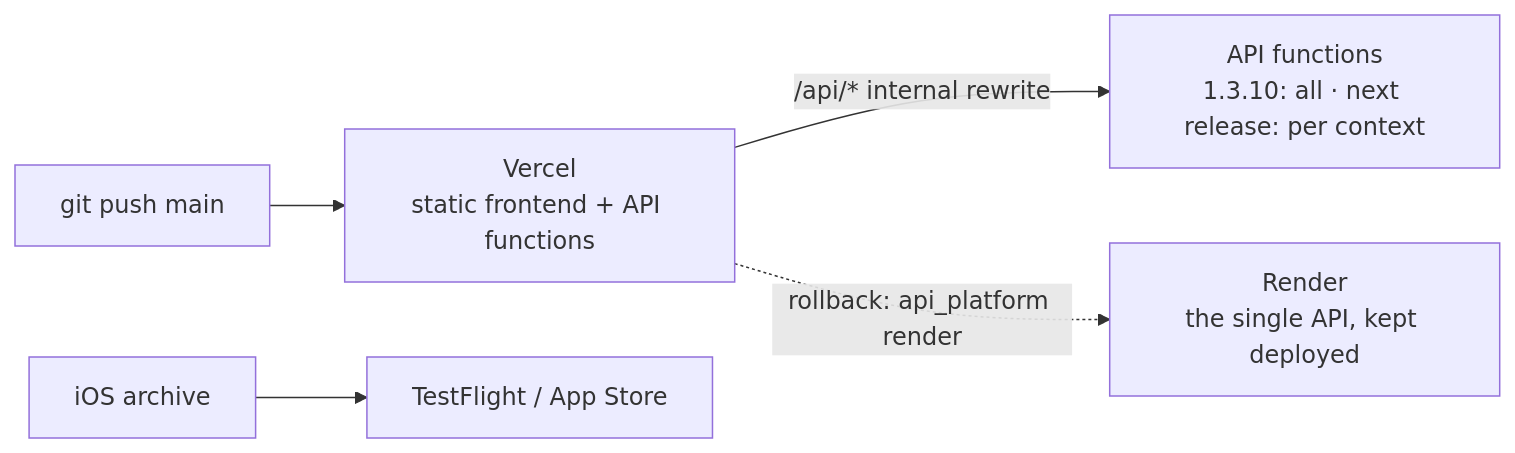
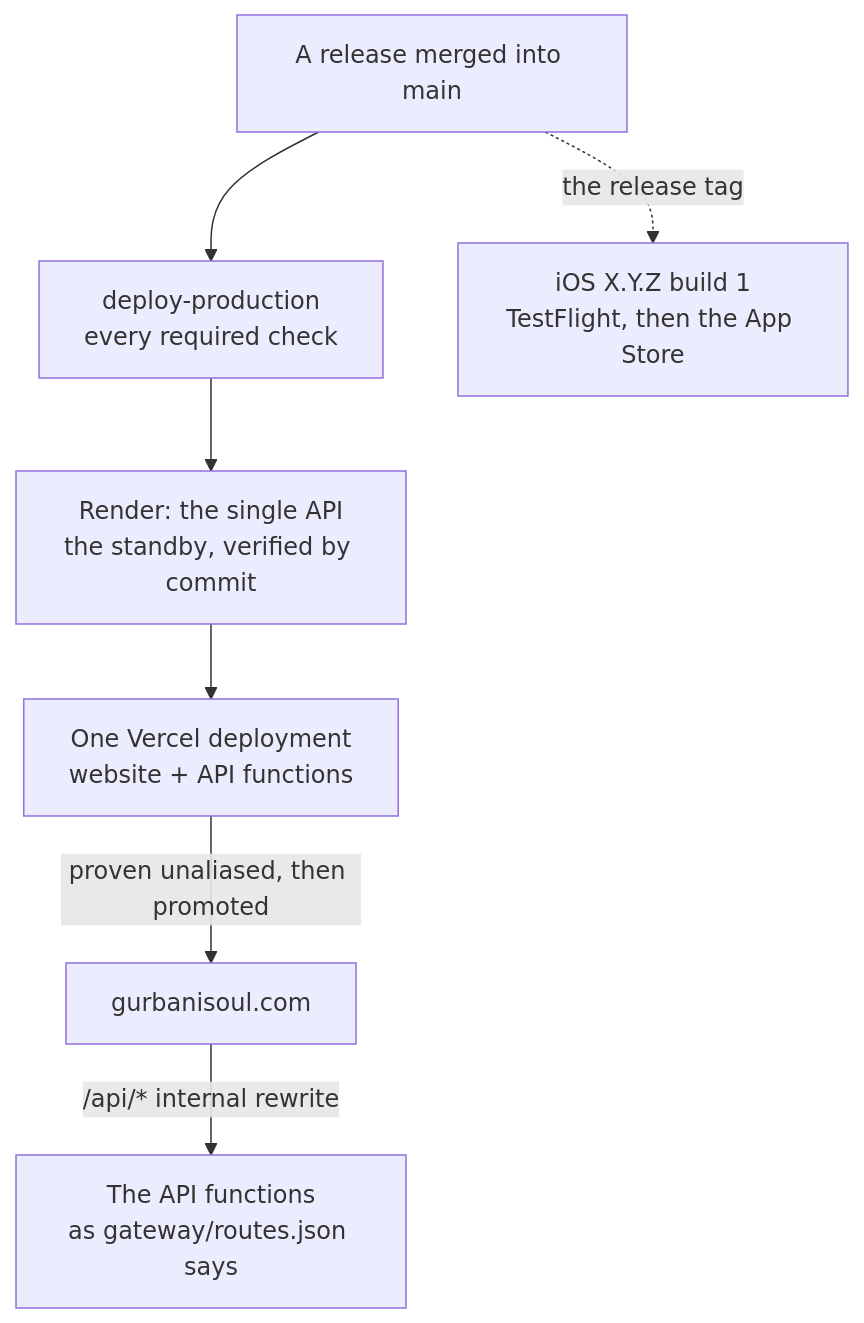
The diagram in docs/architecture/overview.md (Algorythmos-AI/sggs-platform), drawn with Mermaid before and after one commit. The commit also changed other lines of this file and 18 other files, not shown here.

````diff
--- a/docs/architecture/overview.md
+++ b/docs/architecture/overview.md
@@ -72,10 +32,11 @@
 ```mermaid
-flowchart LR
+flowchart TB
     accTitle: Production deployment
-    accDescr: A push to main deploys one Vercel project holding the static frontend and the API as Python functions; /api is rewritten internally to the API functions — today all of it to the all function, from the release after 1.3.10 each bounded context to its own function with all as the catch-all; the Render single API stays deployed as the rollback target; the iOS archive ships through TestFlight to the App Store.
-    dev[git push main] --> vercel[Vercel<br/>static frontend + API functions]
-    vercel -->|/api/* internal rewrite| fn[API functions<br/>1.3.10: all · next release: per context]
-    vercel -.->|rollback: api_platform render| render[Render<br/>the single API, kept deployed]
-    ios2[iOS archive] --> tf[TestFlight / App Store]
-    classDef n fill:#FDF6E3,color:#201A12,stroke:#A87900;
+    accDescr: A release merged into main runs deploy-production in CI. It waits for every required check, deploys the Render single API as the standby and verifies it by commit, then builds one Vercel deployment holding the website and the API as Python functions, proves it unaliased and promotes it to gurbanisoul.com, where /api is rewritten internally to the functions as gateway/routes.json says. The iOS app is archived from the release tag and goes to TestFlight and the App Store.
+    main[A release merged into main] --> gates[deploy-production<br/>every required check]
+    gates --> render[Render: the single API<br/>the standby, verified by commit]
+    render --> build[One Vercel deployment<br/>website + API functions]
+    build -->|proven unaliased, then promoted| site[gurbanisoul.com]
+    site -->|/api/* internal rewrite| fn[The API functions<br/>as gateway/routes.json says]
+    main -.->|the release tag| ios[iOS X.Y.Z build 1<br/>TestFlight, then the App Store]
 ```
````
